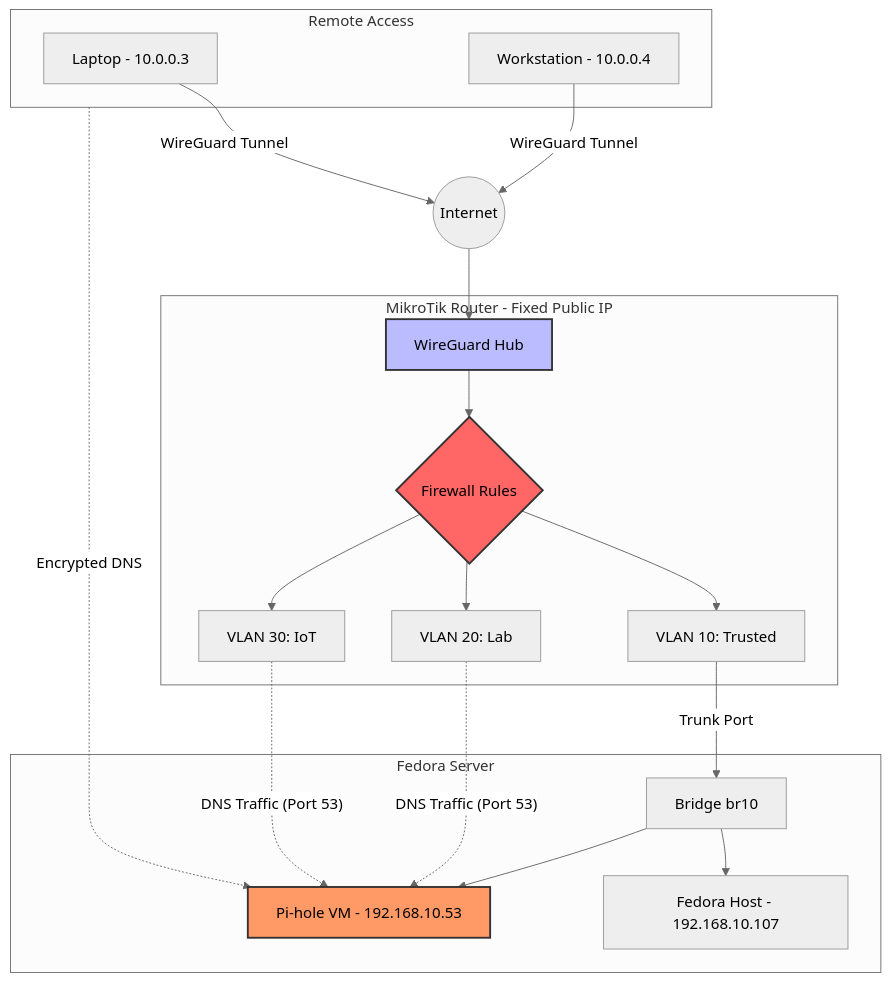
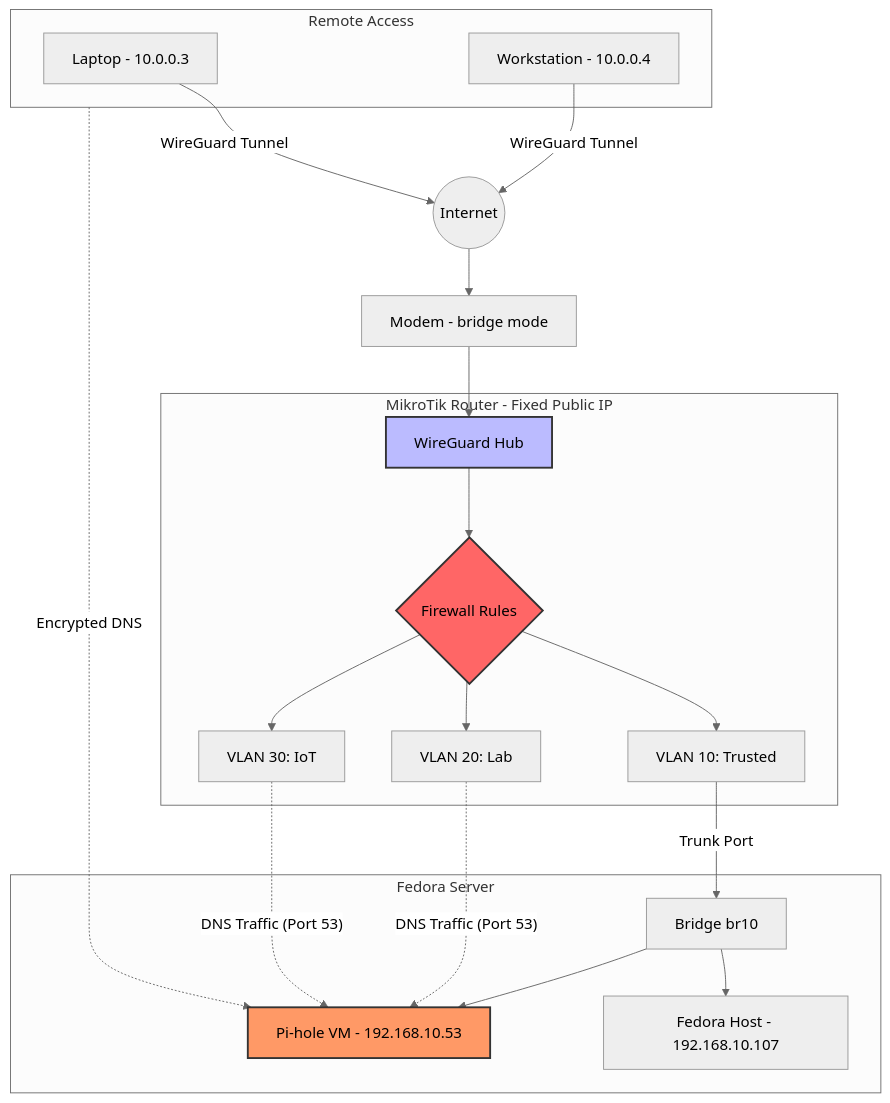
The diagram in README.md (Sevamiau/infra-documentation), drawn with Mermaid (neutral theme) before and after one commit.

Commit message:
feat: README.md updated

````diff
--- a/README.md
+++ b/README.md
@@ -46,44 +46,46 @@
 ```mermaid
 graph TD
     subgraph Remote_Users [Remote Access]
         Laptop[Laptop - 10.0.0.3]
         Workstation[Workstation - 10.0.0.4]
     end
 
     Internet((Internet))
+    Modem[Modem - bridge mode]
 
     subgraph Office_Gateway [MikroTik Router - Fixed Public IP]
         WG[WireGuard Hub]
         FW{Firewall Rules}
         VLAN10[VLAN 10: Trusted]
         VLAN20[VLAN 20: Lab]
         VLAN30[VLAN 30: IoT]
     end
 
     subgraph Virtualization_Host [Fedora Server]
         Host[Fedora Host - 192.168.10.107]
         BR10[Bridge br10]
         Pihole[Pi-hole VM - 192.168.10.53]
     end
 
     Laptop -- "WireGuard Tunnel" --> Internet
     Workstation -- "WireGuard Tunnel" --> Internet
-    Internet --> WG
+    Internet --> Modem
+    Modem --> WG
     WG --> FW
 
     FW --> VLAN10
     FW --> VLAN20
     FW --> VLAN30
 
     VLAN10 -- "Trunk Port" --> BR10
     BR10 --> Host
     BR10 --> Pihole
 
     VLAN20 -. "DNS Traffic (Port 53)" .-> Pihole
     VLAN30 -. "DNS Traffic (Port 53)" .-> Pihole
     Remote_Users -. "Encrypted DNS" .-> Pihole
 
     style Pihole fill:#f96,stroke:#333,stroke-width:2px
     style WG fill:#bbf,stroke:#333,stroke-width:2px
     style FW fill:#f66,stroke:#333,stroke-width:2px
 ```
````
